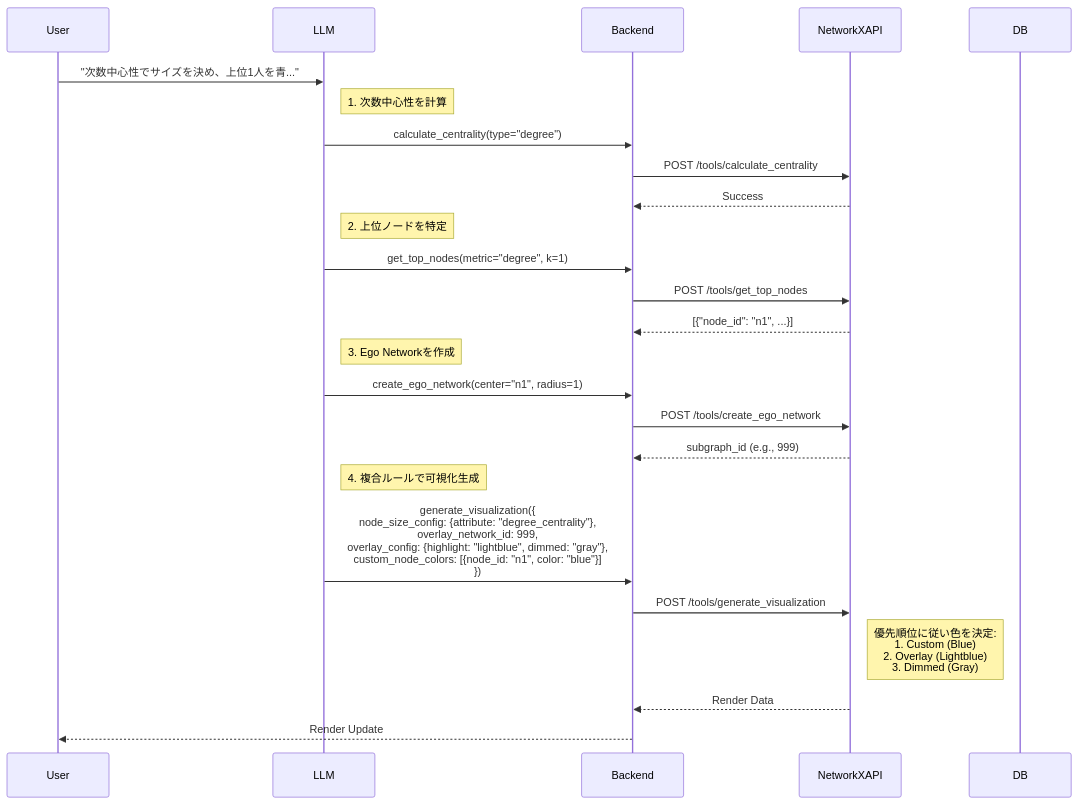
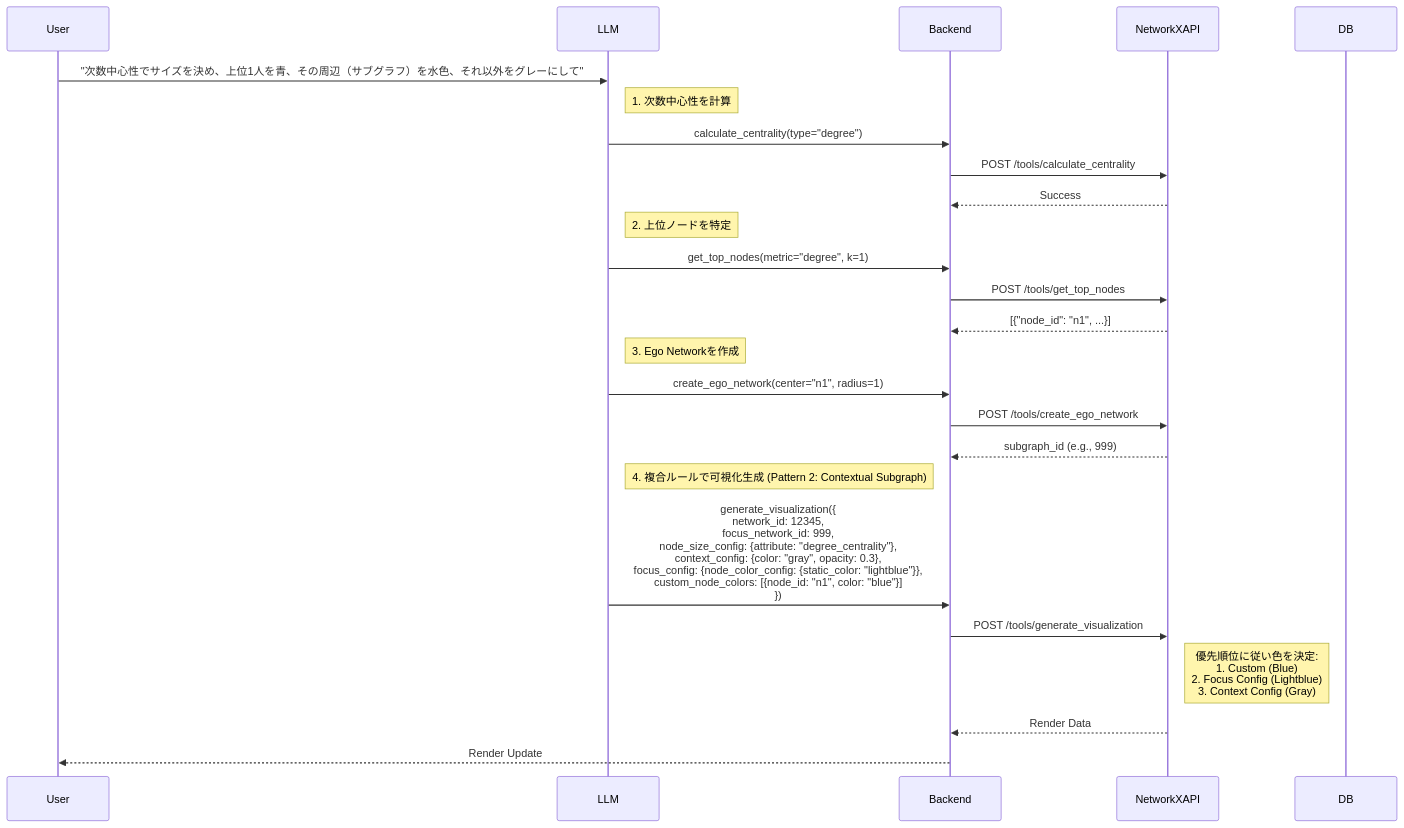
One commit to vdslab/LLMGraphvis changed the seventh of 7 diagrams in specification/2_Technical_Details/6_Core_Workflows.md. Above: the diagram before and after it, drawn with Mermaid. The commit also changed 1 other file, not shown here.

Commit message:
docs: update NetworkX API and Core Workflows specifications.

````diff
--- a/specification/2_Technical_Details/6_Core_Workflows.md
+++ b/specification/2_Technical_Details/6_Core_Workflows.md
@@ -294,33 +294,33 @@
 ```mermaid
 sequenceDiagram
     participant User
     participant LLM
     participant Backend
     participant NetworkXAPI
     participant DB
 
-    User->>LLM: "次数中心性でサイズを決め、上位1人を青..."
+    User->>LLM: "次数中心性でサイズを決め、上位1人を青、その周辺（サブグラフ）を水色、それ以外をグレーにして"
     
     note right of LLM: 1. 次数中心性を計算
     LLM->>Backend: calculate_centrality(type="degree")
     Backend->>NetworkXAPI: POST /tools/calculate_centrality
     NetworkXAPI-->>Backend: Success
     
     note right of LLM: 2. 上位ノードを特定
     LLM->>Backend: get_top_nodes(metric="degree", k=1)
     Backend->>NetworkXAPI: POST /tools/get_top_nodes
     NetworkXAPI-->>Backend: [{"node_id": "n1", ...}]
     
     note right of LLM: 3. Ego Networkを作成
     LLM->>Backend: create_ego_network(center="n1", radius=1)
     Backend->>NetworkXAPI: POST /tools/create_ego_network
     NetworkXAPI-->>Backend: subgraph_id (e.g., 999)
 
-    note right of LLM: 4. 複合ルールで可視化生成
-    LLM->>Backend: generate_visualization({<br/>  node_size_config: {attribute: "degree_centrality"},<br/>  overlay_network_id: 999,<br/>  overlay_config: {highlight: "lightblue", dimmed: "gray"},<br/>  custom_node_colors: [{node_id: "n1", color: "blue"}]<br/>})
+    note right of LLM: 4. 複合ルールで可視化生成 (Pattern 2: Contextual Subgraph)
+    LLM->>Backend: generate_visualization({<br/>  network_id: 12345,<br/>  focus_network_id: 999,<br/>  node_size_config: {attribute: "degree_centrality"},<br/>  context_config: {color: "gray", opacity: 0.3},<br/>  focus_config: {node_color_config: {static_color: "lightblue"}},<br/>  custom_node_colors: [{node_id: "n1", color: "blue"}]<br/>})
     Backend->>NetworkXAPI: POST /tools/generate_visualization
     
-    note right of NetworkXAPI: 優先順位に従い色を決定:<br/>1. Custom (Blue)<br/>2. Overlay (Lightblue)<br/>3. Dimmed (Gray)
+    note right of NetworkXAPI: 優先順位に従い色を決定:<br/>1. Custom (Blue)<br/>2. Focus Config (Lightblue)<br/>3. Context Config (Gray)
     NetworkXAPI-->>Backend: Render Data
     Backend-->>User: Render Update
 ```
````
